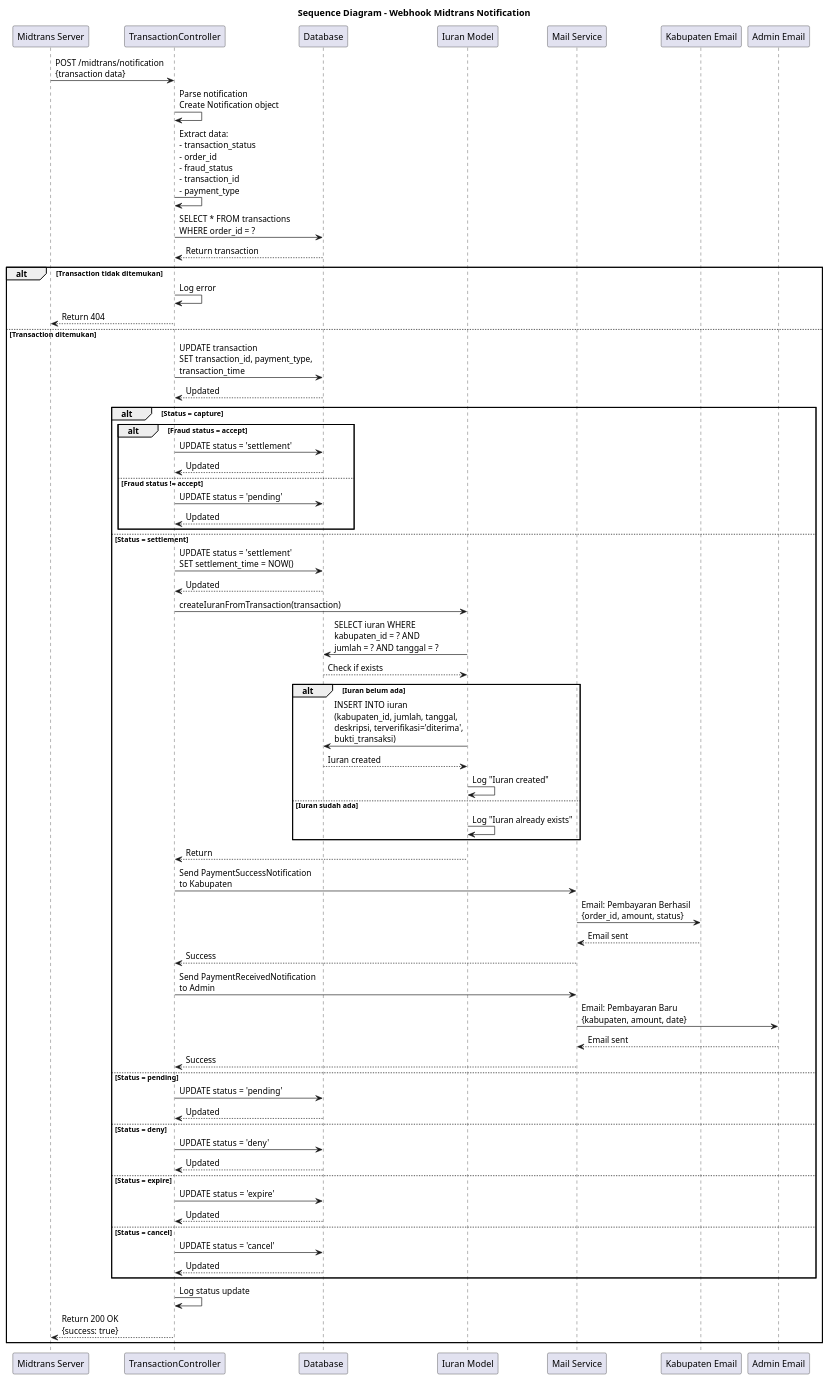
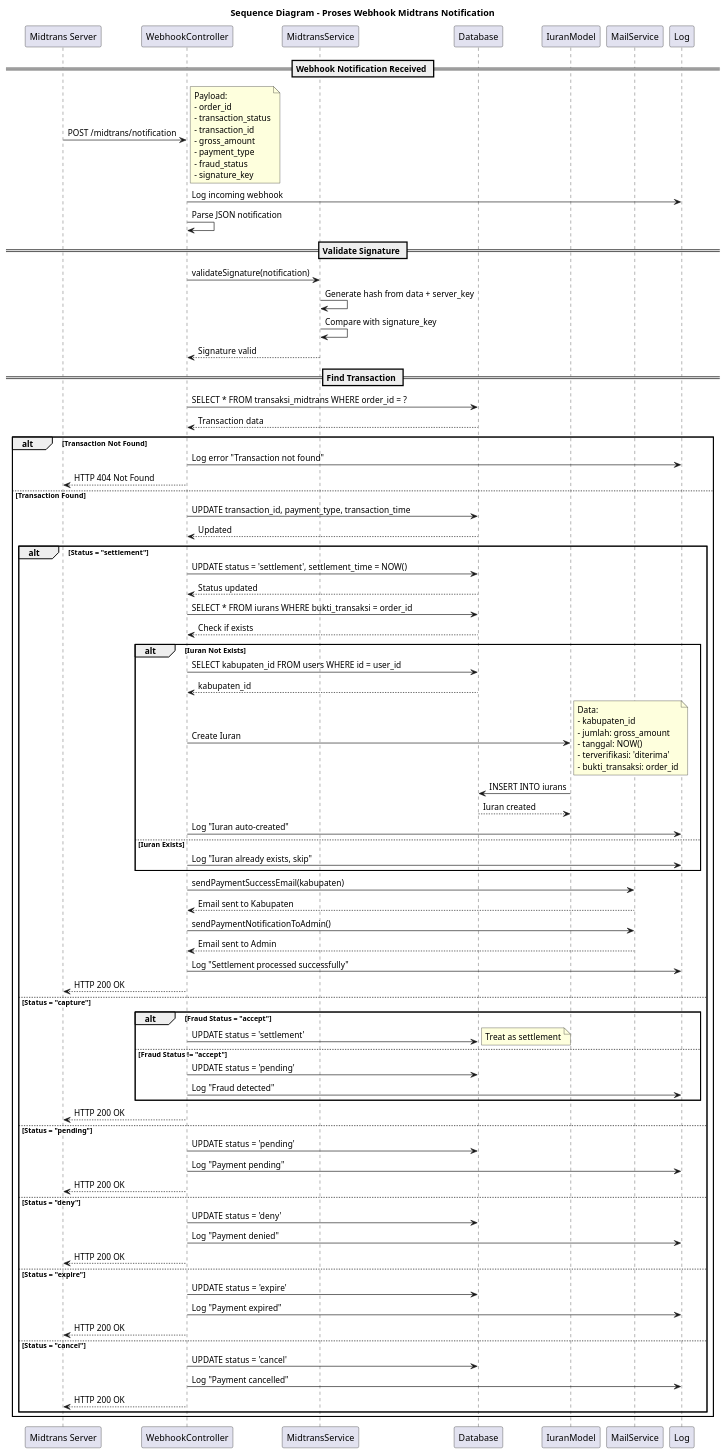
The second of 2 diagrams in docs/sequence.md (Windyvivianosa5/iuran), drawn with PlantUML before and after one commit. The commit also changed other lines of this file and 59 other files, not shown here.

````diff
--- a/docs/sequence.md
+++ b/docs/sequence.md
@@ -165,88 +209,118 @@
 ```plantuml
 @startuml
-title Sequence Diagram - Webhook Midtrans Notification
+title Sequence Diagram - Proses Webhook Midtrans Notification
 
 participant "Midtrans Server" as Midtrans
-participant "TransactionController" as TC
+participant "WebhookController" as Webhook
+participant "MidtransService" as Service
 participant "Database" as DB
-participant "Iuran Model" as Iuran
-participant "Mail Service" as Mail
-participant "Kabupaten Email" as KabEmail
-participant "Admin Email" as AdminEmail
+participant "IuranModel" as IuranModel
+participant "MailService" as Mail
+participant "Log" as Log
 
-Midtrans -> TC: POST /midtrans/notification\n{transaction data}
+== Webhook Notification Received ==
 
-TC -> TC: Parse notification\nCreate Notification object
+Midtrans -> Webhook: POST /midtrans/notification
+note right
+  Payload:
+  - order_id
+  - transaction_status
+  - transaction_id
+  - gross_amount
+  - payment_type
+  - fraud_status
+  - signature_key
+end note
 
-TC -> TC: Extract data:\n- transaction_status\n- order_id\n- fraud_status\n- transaction_id\n- payment_type
+Webhook -> Log: Log incoming webhook
+Webhook -> Webhook: Parse JSON notification
 
-TC -> DB: SELECT * FROM transactions\nWHERE order_id = ?
-DB --> TC: Return transaction
+== Validate Signature ==
 
-alt Transaction tidak ditemukan
-    TC -> TC: Log error
-    TC --> Midtrans: Return 404
-else Transaction ditemukan
-    TC -> DB: UPDATE transaction\nSET transaction_id, payment_type,\ntransaction_time
-    DB --> TC: Updated
+Webhook -> Service: validateSignature(notification)
+Service -> Service: Generate hash from data + server_key
+Service -> Service: Compare with signature_key
+Service --> Webhook: Signature valid
+
+== Find Transaction ==
+
+Webhook -> DB: SELECT * FROM transaksi_midtrans WHERE order_id = ?
+DB --> Webhook: Transaction data
+
+alt Transaction Not Found
+    Webhook -> Log: Log error "Transaction not found"
+    Webhook --> Midtrans: HTTP 404 Not Found
+else Transaction Found
+    Webhook -> DB: UPDATE transaction_id, payment_type, transaction_time
+    DB --> Webhook: Updated
     
-    alt Status = capture
-        alt Fraud status = accept
-            TC -> DB: UPDATE status = 'settlement'
-            DB --> TC: Updated
-        else Fraud status != accept
-            TC -> DB: UPDATE status = 'pending'
-            DB --> TC: Updated
+    alt Status = "settlement"
+        Webhook -> DB: UPDATE status = 'settlement', settlement_time = NOW()
+        DB --> Webhook: Status updated
+        
+        Webhook -> DB: SELECT * FROM iurans WHERE bukti_transaksi = order_id
+        DB --> Webhook: Check if exists
+        
+        alt Iuran Not Exists
+            Webhook -> DB: SELECT kabupaten_id FROM users WHERE id = user_id
+            DB --> Webhook: kabupaten_id
+            
+            Webhook -> IuranModel: Create Iuran
+            note right
+              Data:
+              - kabupaten_id
+              - jumlah: gross_amount
+              - tanggal: NOW()
+              - terverifikasi: 'diterima'
+              - bukti_transaksi: order_id
+            end note
+            
+            IuranModel -> DB: INSERT INTO iurans
+            DB --> IuranModel: Iuran created
+            Webhook -> Log: Log "Iuran auto-created"
+        else Iuran Exists
+            Webhook -> Log: Log "Iuran already exists, skip"
         end
         
-    else Status = settlement
-        TC -> DB: UPDATE status = 'settlement'\nSET settlement_time = NOW()
-        DB --> TC: Updated
+        Webhook -> Mail: sendPaymentSuccessEmail(kabupaten)
+        Mail --> Webhook: Email sent to Kabupaten
         
-        TC -> Iuran: createIuranFromTransaction(transaction)
+        Webhook -> Mail: sendPaymentNotificationToAdmin()
+        Mail --> Webhook: Email sent to Admin
         
-        Iuran -> DB: SELECT iuran WHERE\nkabupaten_id = ? AND\njumlah = ? AND tanggal = ?
-        DB --> Iuran: Check if exists
+        Webhook -> Log: Log "Settlement processed successfully"
+        Webhook --> Midtrans: HTTP 200 OK
         
-        alt Iuran belum ada
-            Iuran -> DB: INSERT INTO iuran\n(kabupaten_id, jumlah, tanggal,\ndeskripsi, terverifikasi='diterima',\nbukti_transaksi)
-            DB --> Iuran: Iuran created
-            Iuran -> Iuran: Log "Iuran created"
-        else Iuran sudah ada
-            Iuran -> Iuran: Log "Iuran already exists"
+    else Status = "capture"
+        alt Fraud Status = "accept"
+            Webhook -> DB: UPDATE status = 'settlement'
+            note right: Treat as settlement
+        else Fraud Status != "accept"
+            Webhook -> DB: UPDATE status = 'pending'
+            Webhook -> Log: Log "Fraud detected"
         end
+        Webhook --> Midtrans: HTTP 200 OK
         
-        Iuran --> TC: Return
+    else Status = "pending"
+        Webhook -> DB: UPDATE status = 'pending'
+        Webhook -> Log: Log "Payment pending"
+        Webhook --> Midtrans: HTTP 200 OK
         
-        TC -> Mail: Send PaymentSuccessNotification\nto Kabupaten
-        Mail -> KabEmail: Email: Pembayaran Berhasil\n{order_id, amount, status}
-        KabEmail --> Mail: Email sent
-        Mail --> TC: Success
+    else Status = "deny"
+        Webhook -> DB: UPDATE status = 'deny'
+        Webhook -> Log: Log "Payment denied"
+        Webhook --> Midtrans: HTTP 200 OK
         
-        TC -> Mail: Send PaymentReceivedNotification\nto Admin
-        Mail -> AdminEmail: Email: Pembayaran Baru\n{kabupaten, amount, date}
-        AdminEmail --> Mail: Email sent
-        Mail --> TC: Success
+    else Status = "expire"
+        Webhook -> DB: UPDATE status = 'expire'
+        Webhook -> Log: Log "Payment expired"
+        Webhook --> Midtrans: HTTP 200 OK
         
-    else Status = pending
-        TC -> DB: UPDATE status = 'pending'
-        DB --> TC: Updated
-        
-    else Status = deny
-        TC -> DB: UPDATE status = 'deny'
-        DB --> TC: Updated
-        
-    else Status = expire
-        TC -> DB: UPDATE status = 'expire'
-        DB --> TC: Updated
-        
-    else Status = cancel
-        TC -> DB: UPDATE status = 'cancel'
-        DB --> TC: Updated
+    else Status = "cancel"
+        Webhook -> DB: UPDATE status = 'cancel'
+        Webhook -> Log: Log "Payment cancelled"
+        Webhook --> Midtrans: HTTP 200 OK
     end
-    
-    TC -> TC: Log status update
-    TC --> Midtrans: Return 200 OK\n{success: true}
 end
 
 @enduml
````
